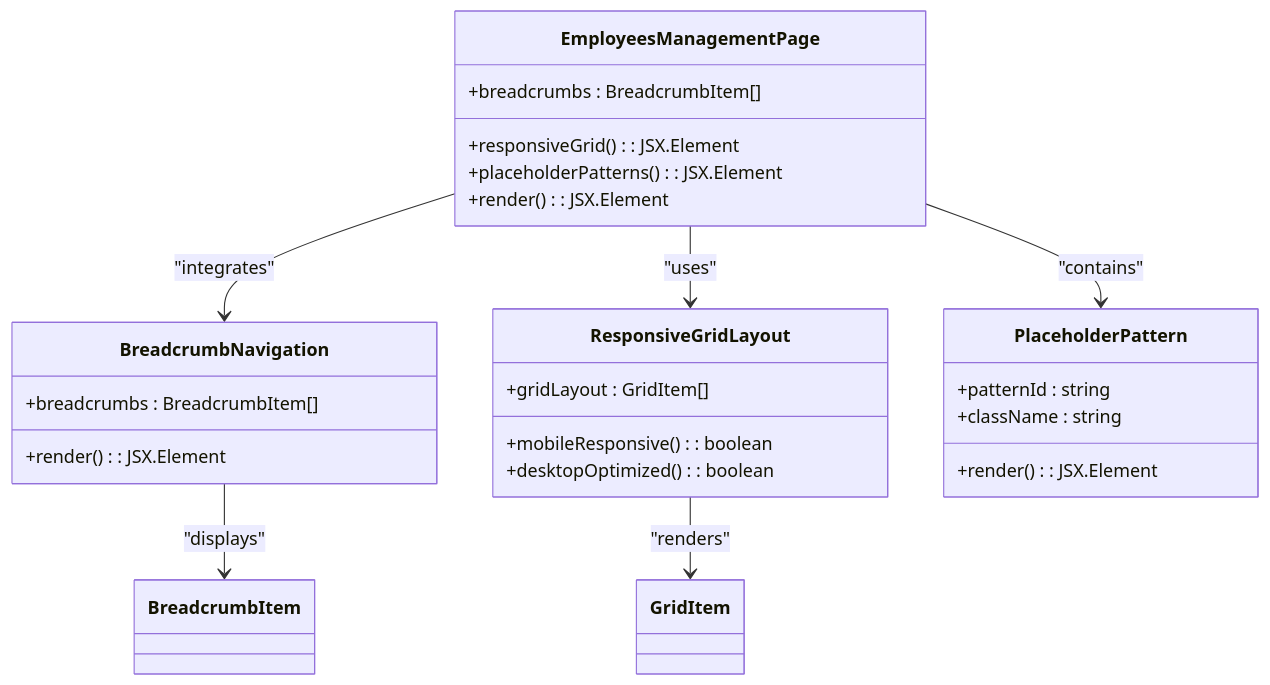
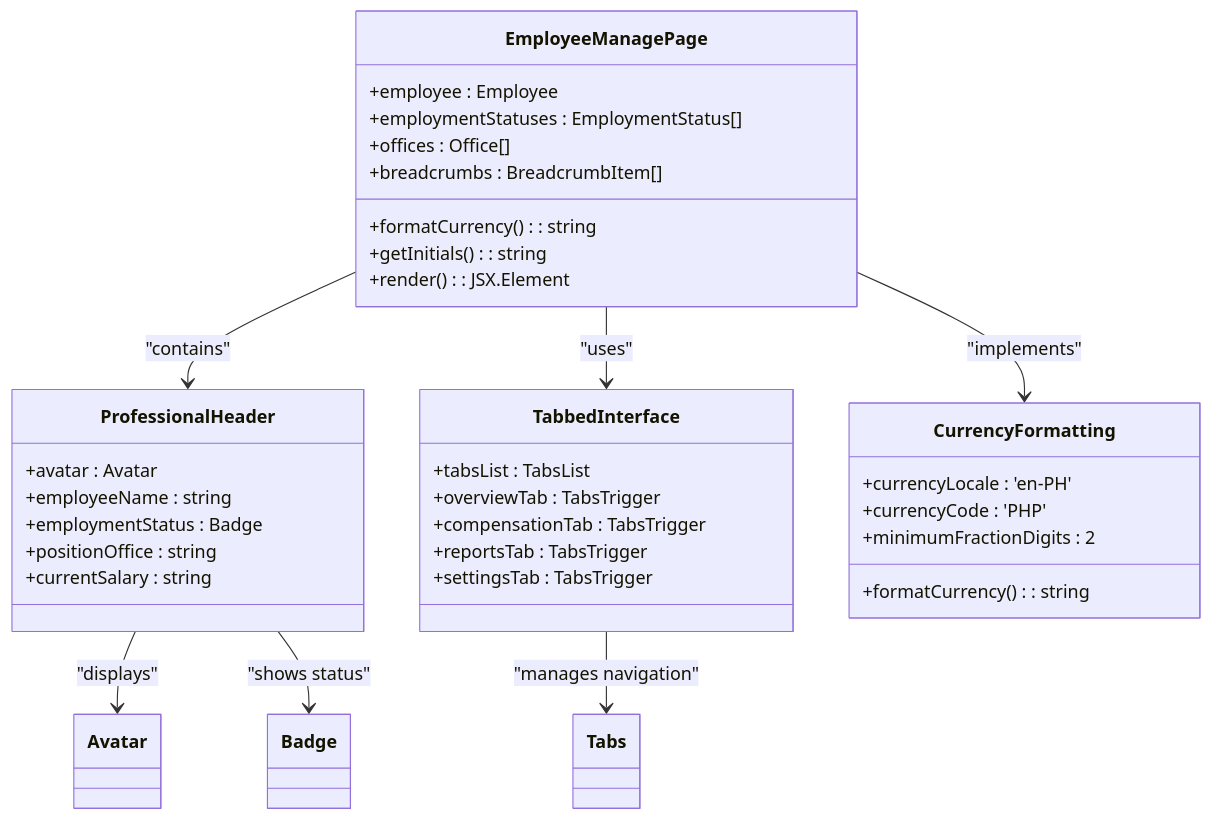
The third of 6 diagrams in .qoder/repowiki/en/content/Employee Management/Employee Overview Dashboard.md (vincet0t15/template), drawn with Mermaid before and after one commit. The commit also changed other lines of this file and 7 other files, not shown here.

````diff
--- a/.qoder/repowiki/en/content/Employee Management/Employee Overview Dashboard.md
+++ b/.qoder/repowiki/en/content/Employee Management/Employee Overview Dashboard.md
@@ -149,28 +154,38 @@
 ```mermaid
 classDiagram
-class EmployeesManagementPage {
+class EmployeeManagePage {
++employee : Employee
++employmentStatuses : EmploymentStatus[]
++offices : Office[]
 +breadcrumbs : BreadcrumbItem[]
-+responsiveGrid() : JSX.Element
-+placeholderPatterns() : JSX.Element
++formatCurrency() : string
++getInitials() : string
 +render() : JSX.Element
 }
-class BreadcrumbNavigation {
-+breadcrumbs : BreadcrumbItem[]
-+render() : JSX.Element
+class ProfessionalHeader {
++avatar : Avatar
++employeeName : string
++employmentStatus : Badge
++positionOffice : string
++currentSalary : string
 }
-class ResponsiveGridLayout {
-+gridLayout : GridItem[]
-+mobileResponsive() : boolean
-+desktopOptimized() : boolean
+class TabbedInterface {
++tabsList : TabsList
++overviewTab : TabsTrigger
++compensationTab : TabsTrigger
++reportsTab : TabsTrigger
++settingsTab : TabsTrigger
 }
-class PlaceholderPattern {
-+patternId : string
-+className : string
-+render() : JSX.Element
+class CurrencyFormatting {
++formatCurrency() : string
++currencyLocale : 'en-PH'
++currencyCode : 'PHP'
++minimumFractionDigits : 2
 }
-EmployeesManagementPage --> BreadcrumbNavigation : "integrates"
-EmployeesManagementPage --> ResponsiveGridLayout : "uses"
-EmployeesManagementPage --> PlaceholderPattern : "contains"
-BreadcrumbNavigation --> BreadcrumbItem : "displays"
-ResponsiveGridLayout --> GridItem : "renders"
+EmployeeManagePage --> ProfessionalHeader : "contains"
+EmployeeManagePage --> TabbedInterface : "uses"
+EmployeeManagePage --> CurrencyFormatting : "implements"
+ProfessionalHeader --> Avatar : "displays"
+ProfessionalHeader --> Badge : "shows status"
+TabbedInterface --> Tabs : "manages navigation"
 ```
````
